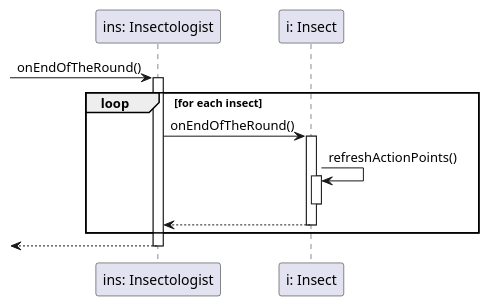
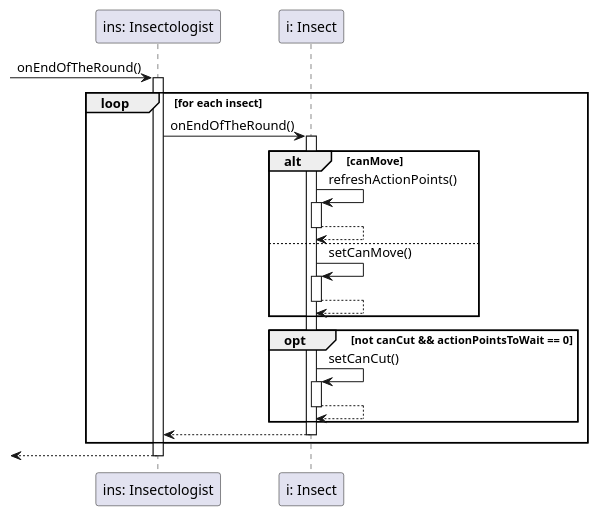
One commit to dzsem/projlab changed the diagram in diagrams/sequence/player/insectologist/onEndOfTheRound.plantuml. Above: the diagram before and after it, drawn with PlantUML. The commit also changed 5 other files, not shown here.

```diff
--- a/diagrams/sequence/player/insectologist/onEndOfTheRound.plantuml
+++ b/diagrams/sequence/player/insectologist/onEndOfTheRound.plantuml
@@ -1,26 +1,44 @@
 @startuml Insectologist.onEndOfTheRound
 
 participant "ins: Insectologist" as ins
 participant "i: Insect" as i
 
 -> ins: onEndOfTheRound()
 activate ins
 
 loop for each insect
 
 	ins -> i: onEndOfTheRound()
 	activate i
 
-	i -> i: refreshActionPoints()
-	activate i
-	deactivate i
+	alt canMove
+		i -> i: refreshActionPoints()
+		activate i
+
+		i --> i
+		deactivate i
+	else
+		i -> i: setCanMove()
+		activate i
+
+		i --> i
+		deactivate i
+	end
+
+	opt not canCut && actionPointsToWait == 0
+		i -> i: setCanCut()
+		activate i
+
+		i --> i
+		deactivate i
+	end
 
 	ins <-- i
 	deactivate i
 
 end
 
 <-- ins
 deactivate ins
 
 @enduml
```
